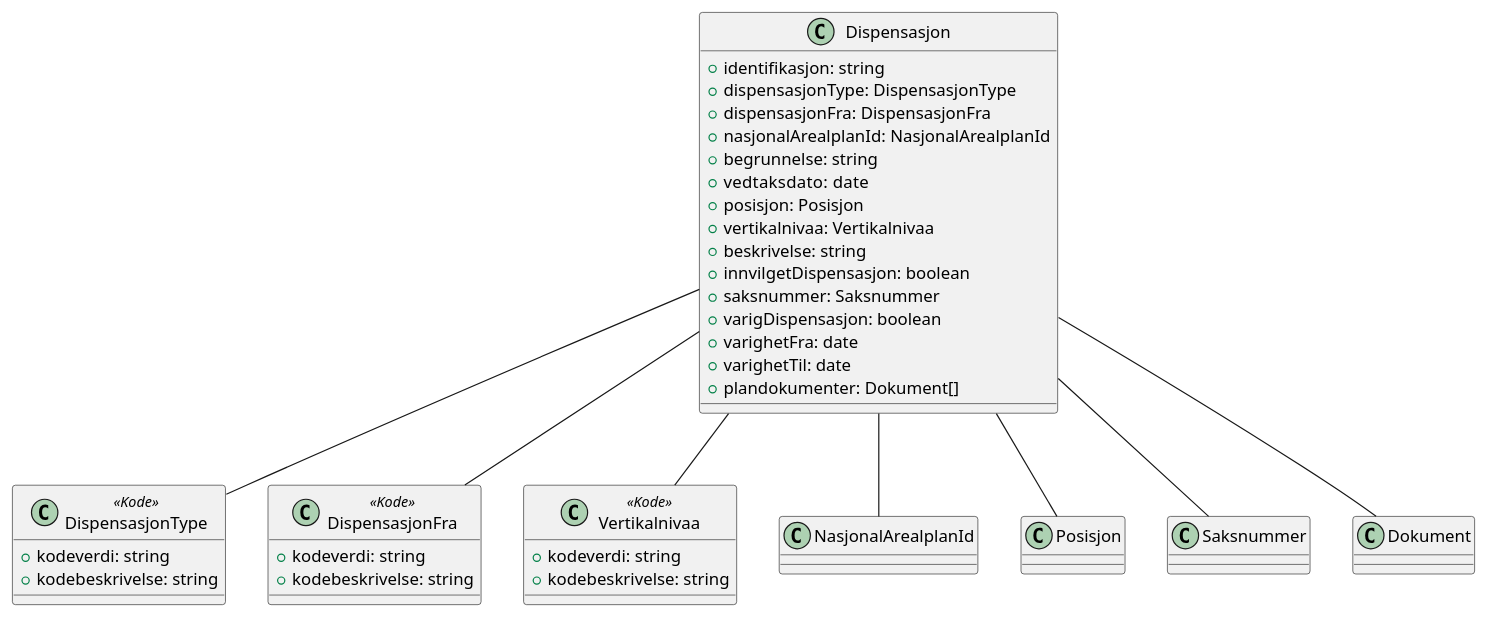
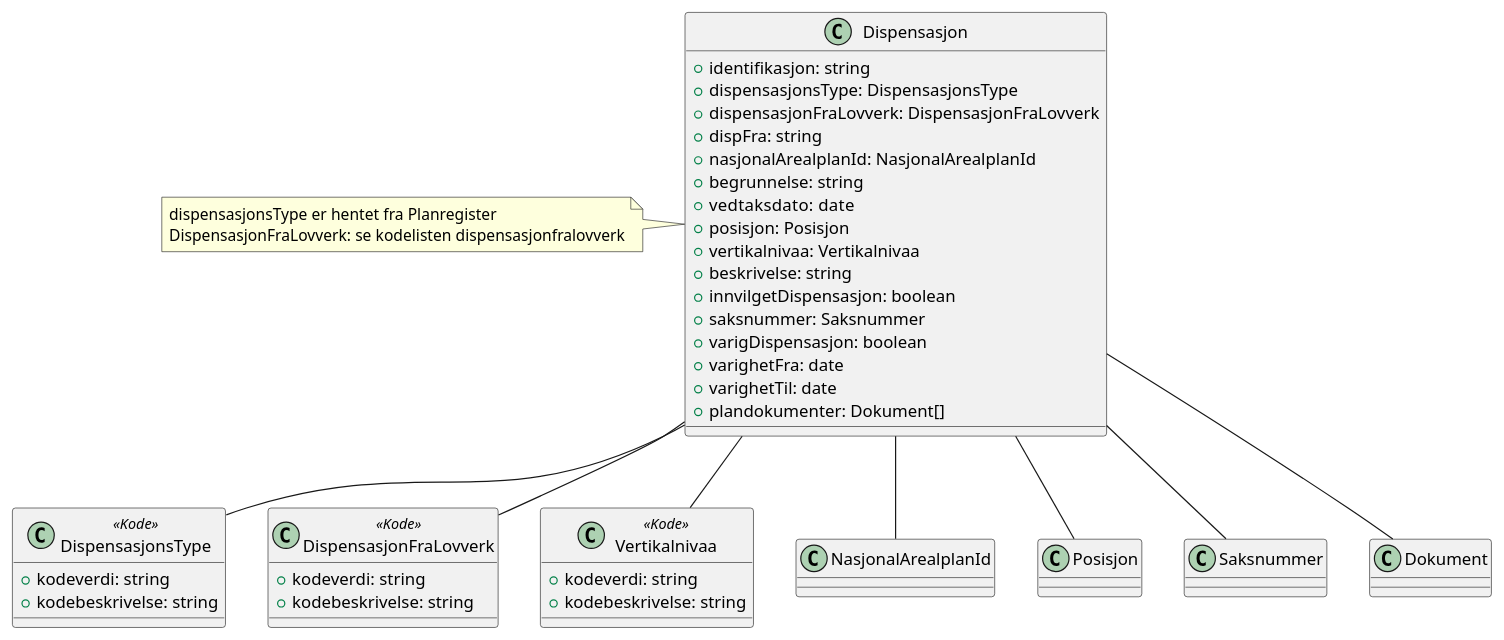
One commit to ks-no/fiks-plan-specification changed the diagram in Dokumentasjon/V2/ClassDiagrams/no.ks.fiks.plan.v2.felles.dispensasjon/dispensasjon.pu. Above: the diagram before and after it, drawn with PlantUML. The commit also changed 5 other files, not shown here.

Commit message:
Påbegynt arbeid med issue 113 og rydding i dispensasjonsType osv

```diff
--- a/Dokumentasjon/V2/ClassDiagrams/no.ks.fiks.plan.v2.felles.dispensasjon/dispensasjon.pu
+++ b/Dokumentasjon/V2/ClassDiagrams/no.ks.fiks.plan.v2.felles.dispensasjon/dispensasjon.pu
@@ -1,43 +1,46 @@
 @startuml
 class Dispensasjon {
     +identifikasjon: string
-    +dispensasjonType: DispensasjonType
-    +dispensasjonFra: DispensasjonFra
+    +dispensasjonsType: DispensasjonsType
+    +dispensasjonFraLovverk: DispensasjonFraLovverk
+    +dispFra: string
     +nasjonalArealplanId: NasjonalArealplanId
     +begrunnelse: string
     +vedtaksdato:  date
     +posisjon: Posisjon
     +vertikalnivaa: Vertikalnivaa
     +beskrivelse: string
     +innvilgetDispensasjon: boolean
     +saksnummer: Saksnummer
     +varigDispensasjon: boolean
     +varighetFra: date
     +varighetTil: date
     +plandokumenter: Dokument[]
 }
 
-Dispensasjon -- DispensasjonType
-Dispensasjon -- DispensasjonFra
+note left of Dispensasjon : dispensasjonsType er hentet fra Planregister\nDispensasjonFraLovverk: se kodelisten dispensasjonfralovverk
+
+Dispensasjon -- DispensasjonsType
+Dispensasjon -- DispensasjonFraLovverk
 Dispensasjon -- Vertikalnivaa
 Dispensasjon -- NasjonalArealplanId
 Dispensasjon -- Posisjon
 Dispensasjon -- Saksnummer
 Dispensasjon -- Dokument
 
-class DispensasjonType <<Kode>> {
+class DispensasjonsType <<Kode>> {
     +kodeverdi: string
     +kodebeskrivelse: string
 }
 
-class DispensasjonFra <<Kode>> {
+class DispensasjonFraLovverk <<Kode>> {
     +kodeverdi: string
     +kodebeskrivelse: string
 }
 
 class Vertikalnivaa <<Kode>> {
     +kodeverdi: string
     +kodebeskrivelse: string
 }
 
 @enduml
```
